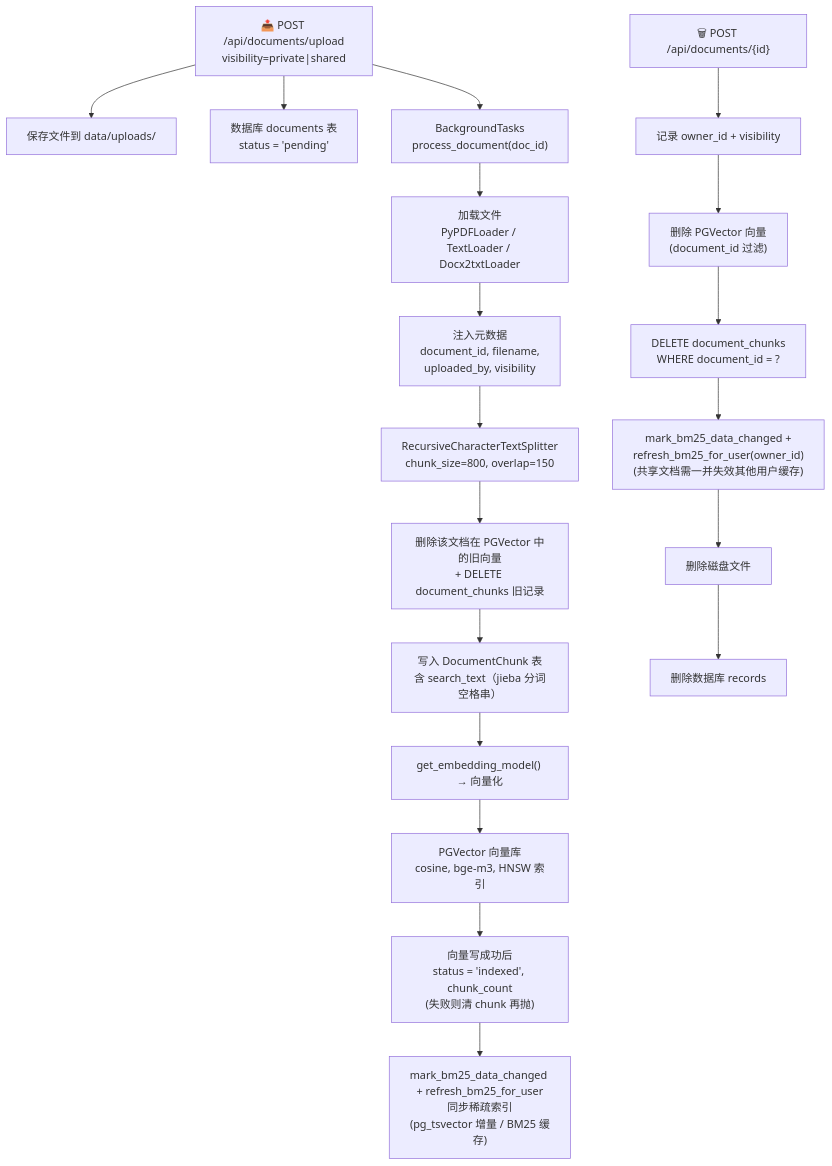
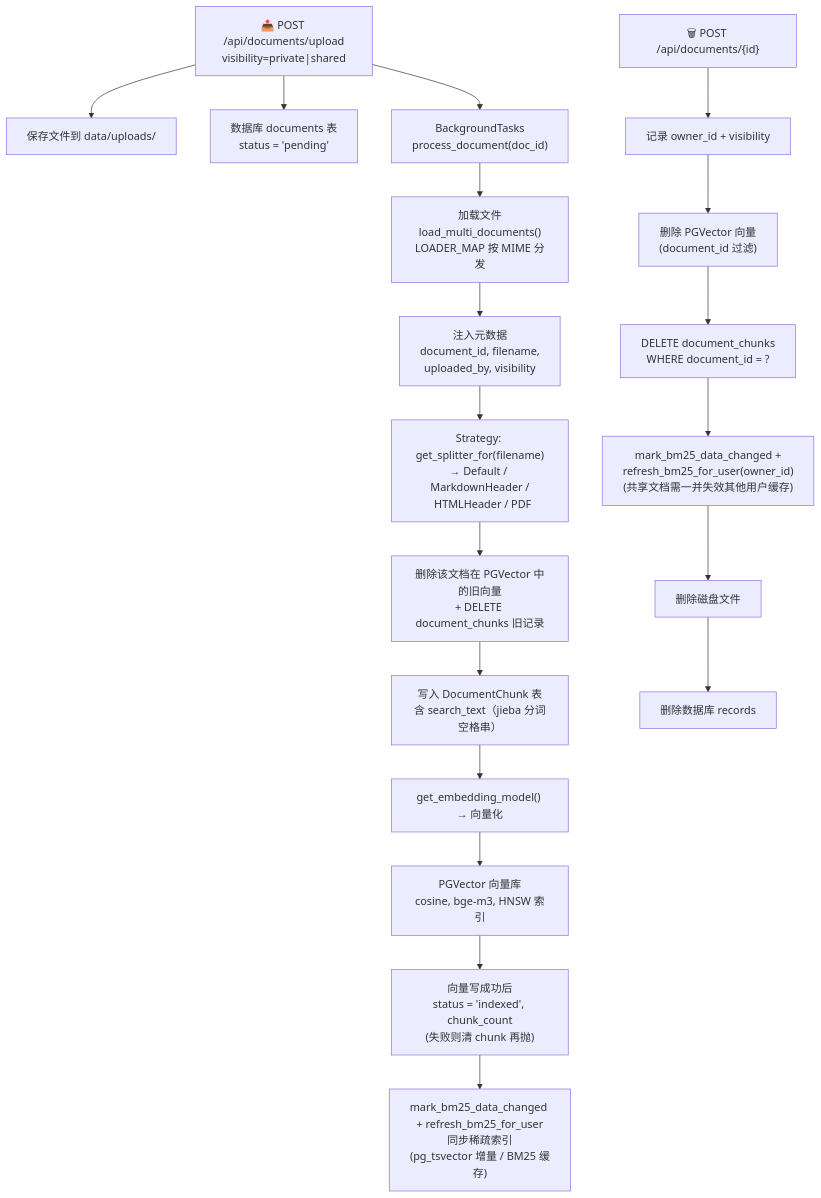
The first of 6 diagrams in docs/RAG.md (zqc1661586344/zz-demand-system), drawn with Mermaid before and after one commit. The commit also changed other lines of this file and 14 other files, not shown here.

````diff
--- a/docs/RAG.md
+++ b/docs/RAG.md
@@ -22,46 +22,46 @@
 ```mermaid
 flowchart TD
     Upload["📤 POST /api/documents/upload<br/>visibility=private|shared"]
     SaveDisk["保存文件到 data/uploads/"]
     DBCreate["数据库 documents 表<br/>status = 'pending'"]
     BGTask["BackgroundTasks<br/>process_document(doc_id)"]
-    Load["加载文件<br/>PyPDFLoader / TextLoader / Docx2txtLoader"]
+    Load["加载文件<br/>load_multi_documents()<br/>LOADER_MAP 按 MIME 分发"]
     Meta["注入元数据<br/>document_id, filename,<br/>uploaded_by, visibility"]
-    Split["RecursiveCharacterTextSplitter<br/>chunk_size=800, overlap=150"]
+    Split["Strategy: get_splitter_for(filename)<br/>→ Default / MarkdownHeader /<br/>  HTMLHeader / PDF"]
     CleanOld["删除该文档在 PGVector 中的旧向量<br/>+ DELETE document_chunks 旧记录"]
     ChunkDB["写入 DocumentChunk 表<br/>含 search_text（jieba 分词空格串）"]
     Embed["get_embedding_model() → 向量化"]
     PGVector["PGVector 向量库<br/>cosine, bge-m3, HNSW 索引"]
     StatusIndexed["向量写成功后<br/>status = 'indexed', chunk_count<br/>(失败则清 chunk 再抛)"]
     SparseSync["mark_bm25_data_changed + refresh_bm25_for_user<br/>同步稀疏索引<br/>(pg_tsvector 增量 / BM25 缓存)"]
 
     Delete["🗑 POST /api/documents/{id}"]
     DeleteGetOwner["记录 owner_id + visibility"]
     DeletePGVector["删除 PGVector 向量<br/>(document_id 过滤)"]
     DeleteChunk["DELETE document_chunks<br/>WHERE document_id = ?"]
     DeleteSparse["mark_bm25_data_changed +<br/>refresh_bm25_for_user(owner_id)<br/>(共享文档需一并失效其他用户缓存)"]
     DeleteFile["删除磁盘文件"]
     DeleteDB["删除数据库 records"]
 
     %% 上传流程
     Upload --> SaveDisk
     Upload --> DBCreate
     Upload --> BGTask
     BGTask --> Load
     Load --> Meta
     Meta --> Split
     Split --> CleanOld
     CleanOld --> ChunkDB
     ChunkDB --> Embed
     Embed --> PGVector
     PGVector --> StatusIndexed
     StatusIndexed --> SparseSync
 
     %% 删除流程
     Delete --> DeleteGetOwner
     DeleteGetOwner --> DeletePGVector
     DeletePGVector --> DeleteChunk
     DeleteChunk --> DeleteSparse
     DeleteSparse --> DeleteFile
     DeleteFile --> DeleteDB
 ```
````
